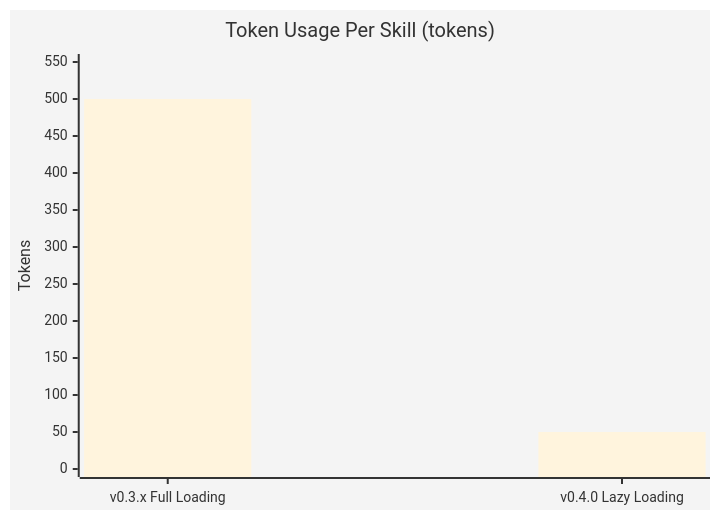
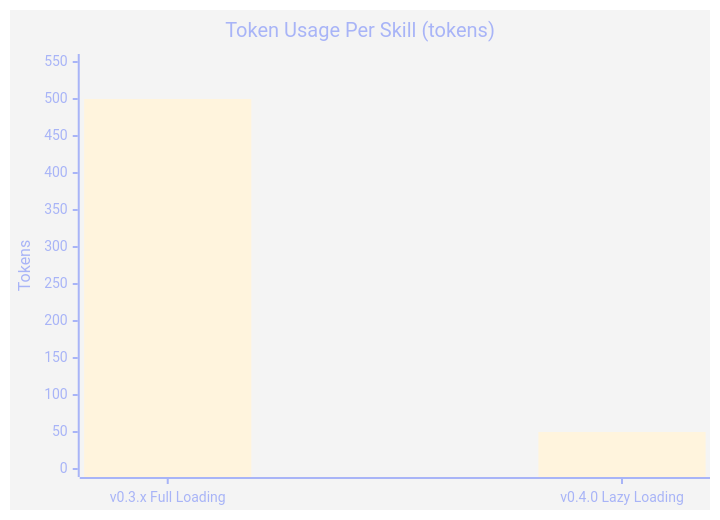
One commit to Oculusnoob/vesper-memory changed the second of 8 diagrams in benchmarks/charts.md. Above: the diagram before and after it, drawn with Mermaid. The commit also changed other lines of this file, not shown here.

First line of the commit message:
Fix Mermaid chart syntax errors and apply Vesper brand colors

````diff
--- a/benchmarks/charts.md
+++ b/benchmarks/charts.md
@@ -26,8 +26,8 @@
 ```mermaid
-%%{init: {'theme':'base', 'themeVariables': { 'primaryColor':'#2196F3'}}}%%
+%%{init: {'theme':'base', 'themeVariables': { 'primaryColor':'#8183dd', 'primaryTextColor':'#a8b4f7', 'primaryBorderColor':'#6365e7'}}}%%
 xychart-beta
     title "Token Usage Per Skill (tokens)"
     x-axis ["v0.3.x Full Loading", "v0.4.0 Lazy Loading"]
     y-axis "Tokens" 0 --> 550
-    bar [500, 50]
+    bar "Tokens" [500, 50]
 ```
````
